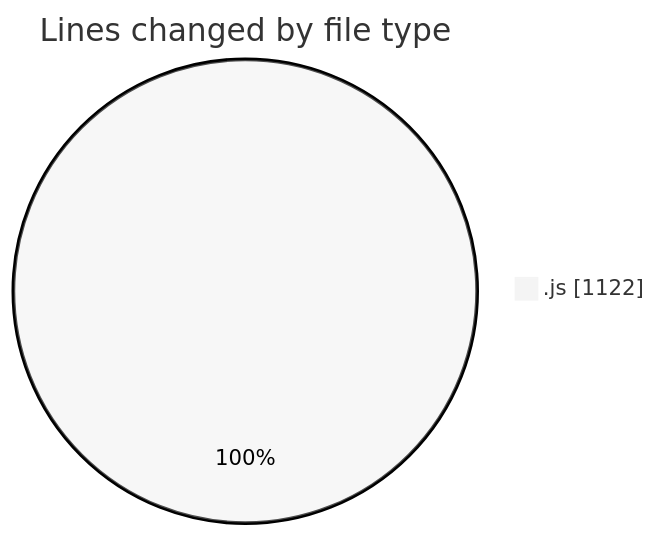
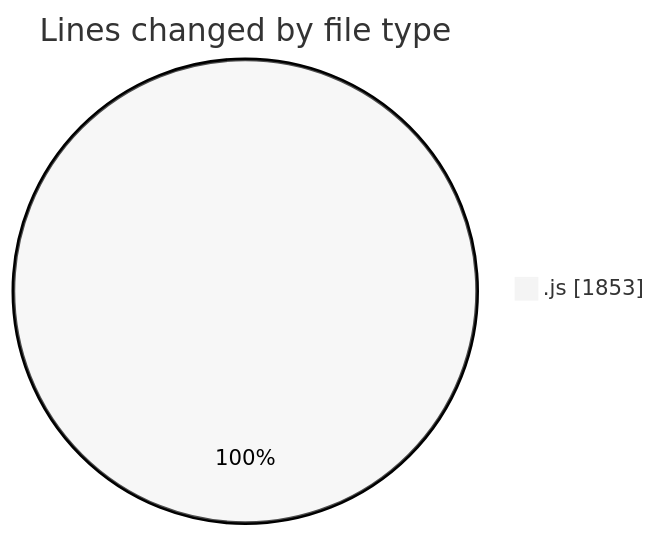
Before and after one commit to Ritupan-Deka/code-tracking: the first of 2 diagrams in 2025-07-28/javascript/README.md, drawn with Mermaid (neutral theme). The commit also changed other lines of this file and 1 other file, not shown here.

````diff
--- a/2025-07-28/javascript/README.md
+++ b/2025-07-28/javascript/README.md
@@ -20,5 +20,5 @@
 ```mermaid
 pie showData
 title Lines changed by file type
-".js" : 1122
+".js" : 1853
 ```
````
